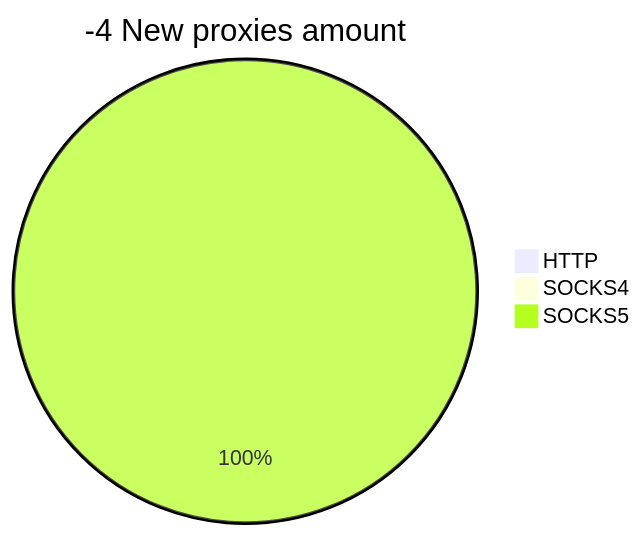
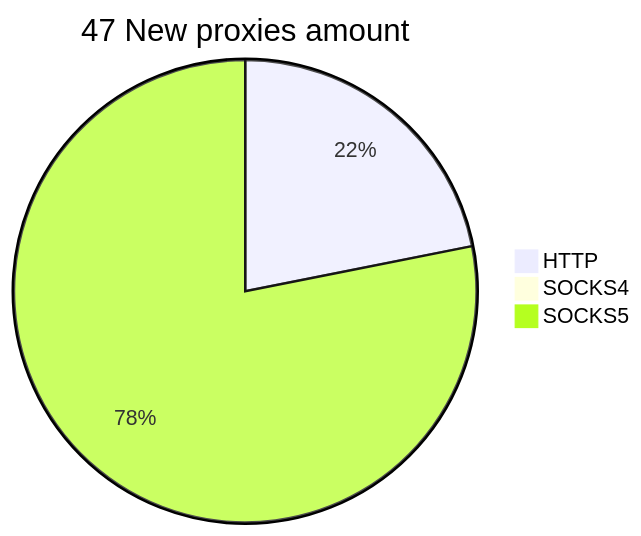
Before and after one commit to cutipu/proxylist: the second of 2 diagrams in README.md, drawn with Mermaid. The commit also changed other lines of this file, not shown here.

````diff
--- a/README.md
+++ b/README.md
@@ -10,6 +10,6 @@
 ```mermaid
-pie title -4 New proxies amount
-    "HTTP" : 0
+pie title 47 New proxies amount
+    "HTTP" : 21
     "SOCKS4" : 0
-    "SOCKS5" : 1
+    "SOCKS5" : 75
 ```
````
